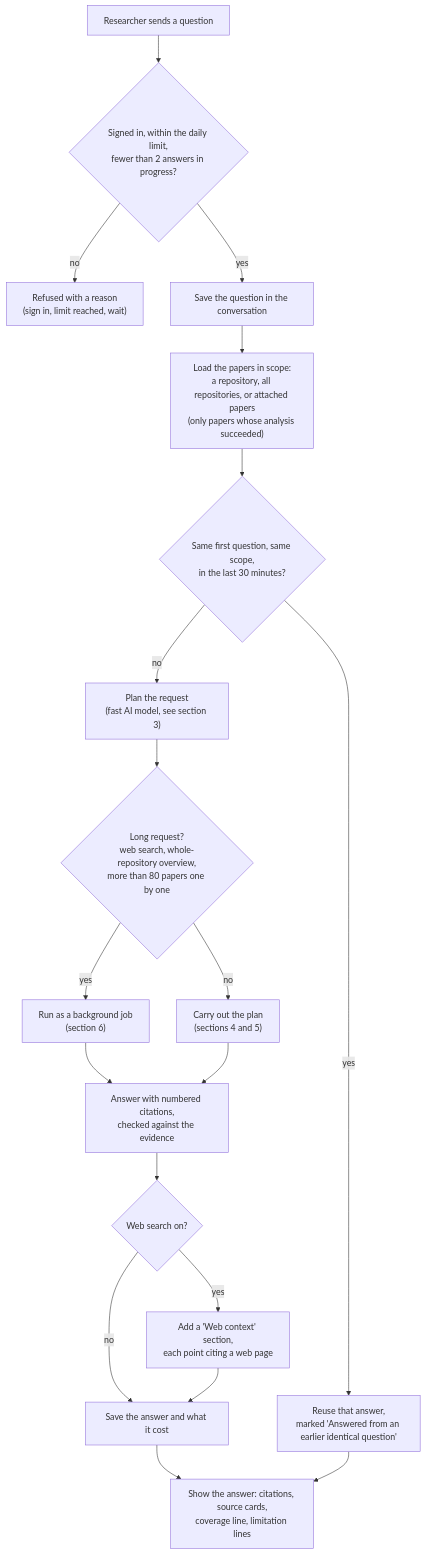
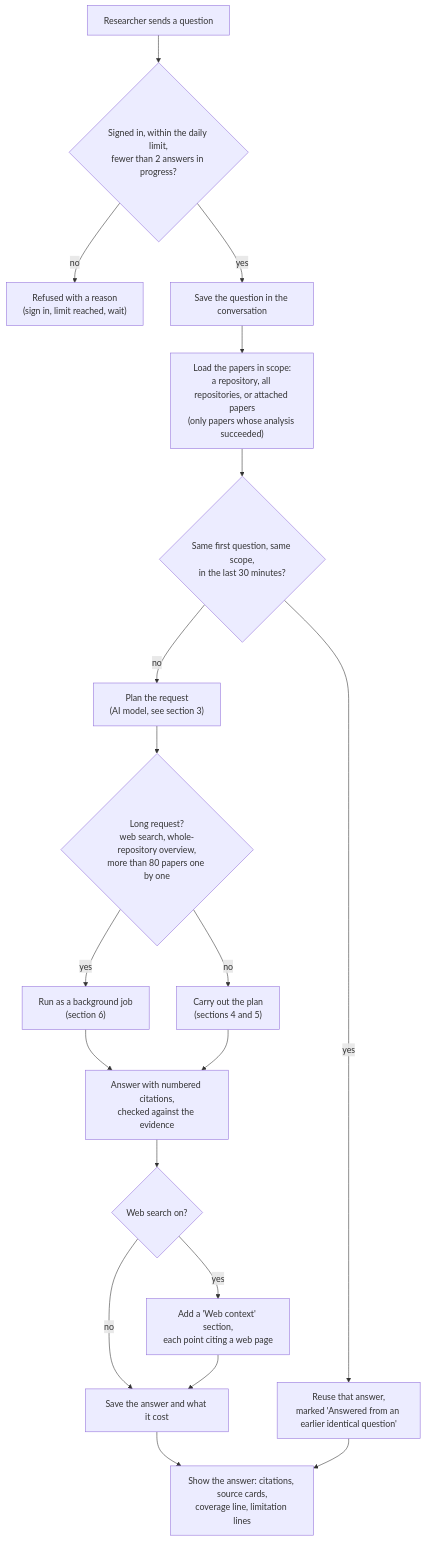
One commit to LLM-Project2005/papertrend_extractor_LLM changed the second of 7 diagrams in docs/33-chat-architecture.md. Above: the diagram before and after it, drawn with Mermaid. The commit also changed other lines of this file and 15 other files, not shown here.

````diff
--- a/docs/33-chat-architecture.md
+++ b/docs/33-chat-architecture.md
@@ -44,21 +44,21 @@
 ```mermaid
 flowchart TD
     A["Researcher sends a question"] --> B{"Signed in, within the daily limit,<br/>fewer than 2 answers in progress?"}
     B -- "no" --> B2["Refused with a reason<br/>(sign in, limit reached, wait)"]
     B -- "yes" --> C["Save the question in the conversation"]
     C --> D["Load the papers in scope:<br/>a repository, all repositories, or attached papers<br/>(only papers whose analysis succeeded)"]
     D --> E{"Same first question, same scope,<br/>in the last 30 minutes?"}
     E -- "yes" --> E2["Reuse that answer,<br/>marked 'Answered from an earlier identical question'"]
-    E -- "no" --> F["Plan the request<br/>(fast AI model, see section 3)"]
+    E -- "no" --> F["Plan the request<br/>(AI model, see section 3)"]
     F --> G{"Long request?<br/>web search, whole-repository overview,<br/>more than 80 papers one by one"}
     G -- "yes" --> H["Run as a background job<br/>(section 6)"]
     G -- "no" --> I["Carry out the plan<br/>(sections 4 and 5)"]
     H --> J
     I --> J["Answer with numbered citations,<br/>checked against the evidence"]
     J --> K{"Web search on?"}
     K -- "yes" --> L["Add a 'Web context' section,<br/>each point citing a web page"]
     K -- "no" --> N
     L --> N["Save the answer and what it cost"]
     N --> O["Show the answer: citations, source cards,<br/>coverage line, limitation lines"]
     E2 --> O
 ```
````
